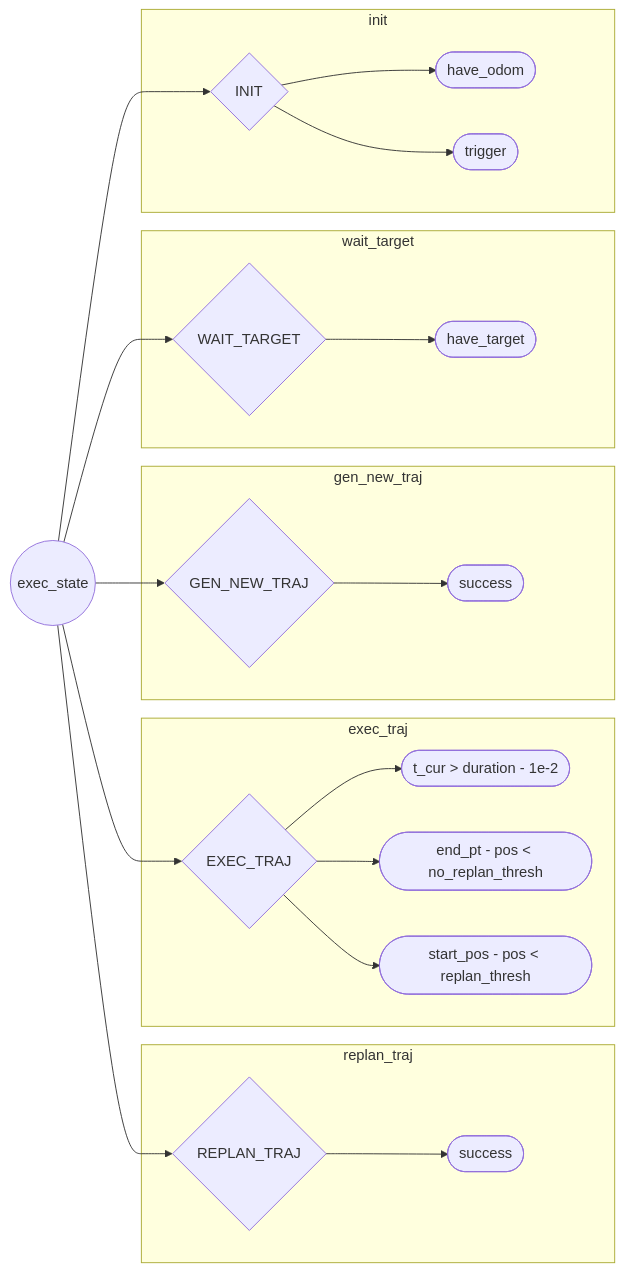
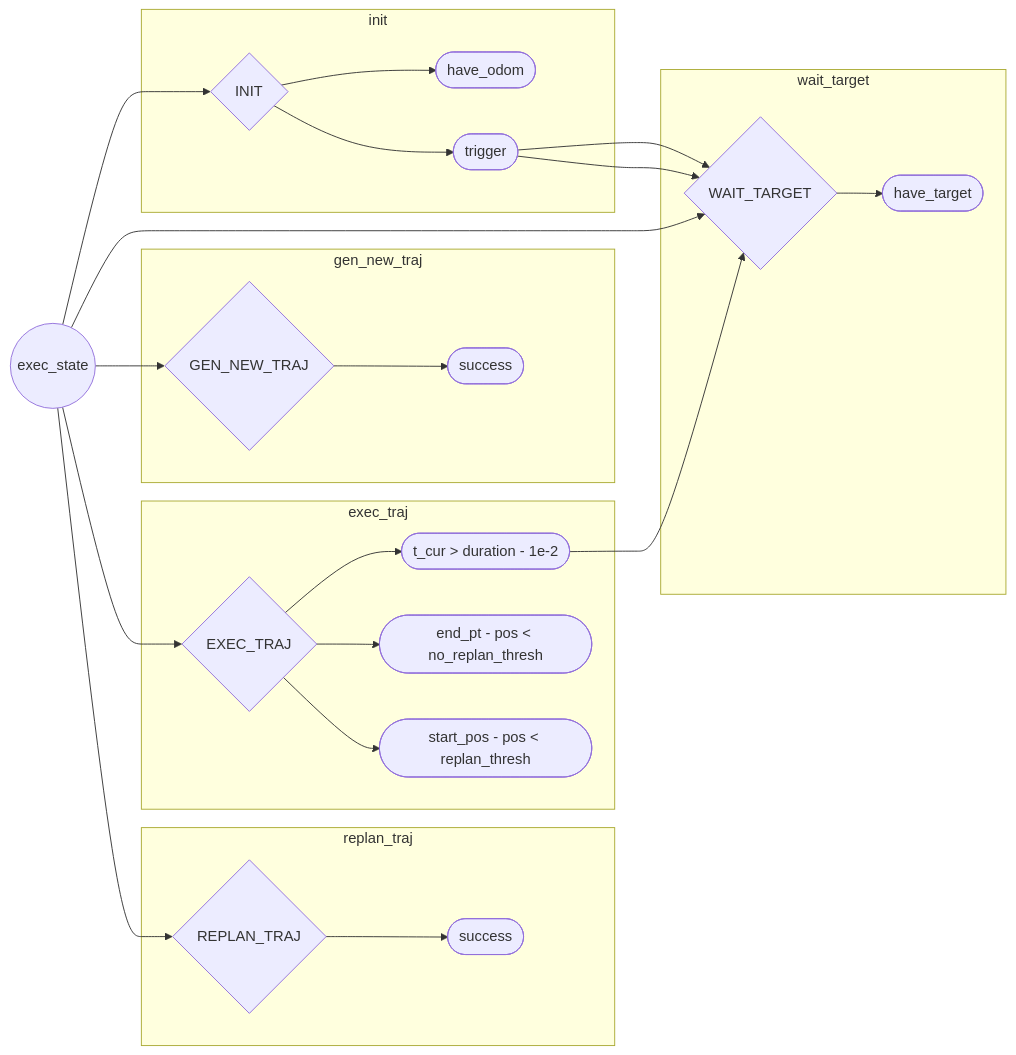
The first of 2 diagrams in sp_code/create_table.md (Dieptranivsr/drone_extend), drawn with Mermaid before and after one commit.

````diff
--- a/sp_code/create_table.md
+++ b/sp_code/create_table.md
@@ -1,26 +1,29 @@
 ```mermaid
 flowchart LR
     id1((exec_state)) --> id2{INIT}
     id1 --> id3{WAIT_TARGET}
     id1 --> id4{GEN_NEW_TRAJ}
     id1 --> id5{EXEC_TRAJ}
     id1 --> id6{REPLAN_TRAJ}
     subgraph replan_traj
         id6 --> id14([success])
     end
     subgraph exec_traj
         id5 --> id11([t_cur > duration - 1e-2])
         id5 --> id12([end_pt - pos < no_replan_thresh])
         id5 --> id13([start_pos - pos < replan_thresh])
     end
     subgraph gen_new_traj
         id4 --> id10([success])
     end
     subgraph wait_target
         id3 --> id9([have_target])
     end
     subgraph init
         id2 --> id7([have_odom])
         id2 --> id8([trigger])
     end
+    id8 --> id3
+    id11 --> id3
+    id8 --> id3
 ```
````
